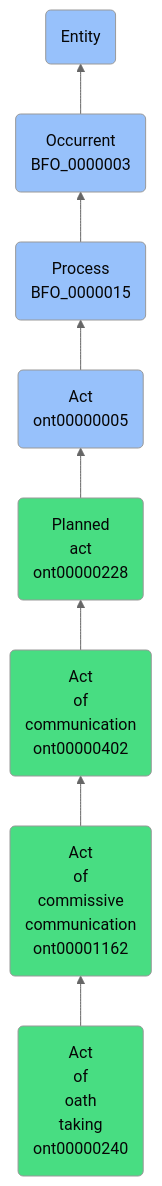
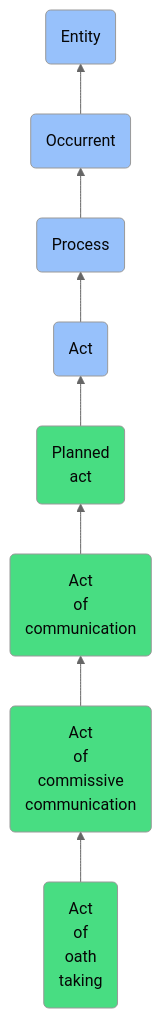
One commit to jupyter-naas/abi changed the diagram in docs/ontology/reference/model/Entity/Occurrent/Process/Act/Planned act/Act of communication/Act of commissive communication/Act of oath taking/Act of oath taking.md. Above: the diagram before and after it, drawn with Mermaid (neutral theme). The commit also changed other lines of this file and 1430 other files, not shown here.

````diff
--- a/docs/ontology/reference/model/Entity/Occurrent/Process/Act/Planned act/Act of communication/Act of commissive communication/Act of oath taking/Act of oath taking.md
+++ b/docs/ontology/reference/model/Entity/Occurrent/Process/Act/Planned act/Act of communication/Act of commissive communication/Act of oath taking/Act of oath taking.md
@@ -24,15 +24,15 @@
 ```mermaid
 graph BT
-    ont00000240(Act<br>of<br>oath<br>taking<br>ont00000240):::ABI-->ont00001162
-    ont00001162(Act<br>of<br>commissive<br>communication<br>ont00001162):::ABI-->ont00000402
-    ont00000402(Act<br>of<br>communication<br>ont00000402):::ABI-->ont00000228
-    ont00000228(Planned<br>act<br>ont00000228):::ABI-->ont00000005
-    ont00000005(Act<br>ont00000005):::BFO-->BFO_0000015
-    BFO_0000015(Process<br>BFO_0000015):::BFO-->BFO_0000003
-    BFO_0000003(Occurrent<br>BFO_0000003):::BFO-->BFO_0000001
+    ont00000240(Act<br>of<br>oath<br>taking):::ABI-->ont00001162
+    ont00001162(Act<br>of<br>commissive<br>communication):::ABI-->ont00000402
+    ont00000402(Act<br>of<br>communication):::ABI-->ont00000228
+    ont00000228(Planned<br>act):::ABI-->ont00000005
+    ont00000005(Act):::BFO-->BFO_0000015
+    BFO_0000015(Process):::BFO-->BFO_0000003
+    BFO_0000003(Occurrent):::BFO-->BFO_0000001
     BFO_0000001(Entity):::BFO
     
     classDef BFO fill:#97c1fb,color:#060606
     classDef CCO fill:#e4c51e,color:#060606
     classDef ABI fill:#48DD82,color:#060606
 ```
````
